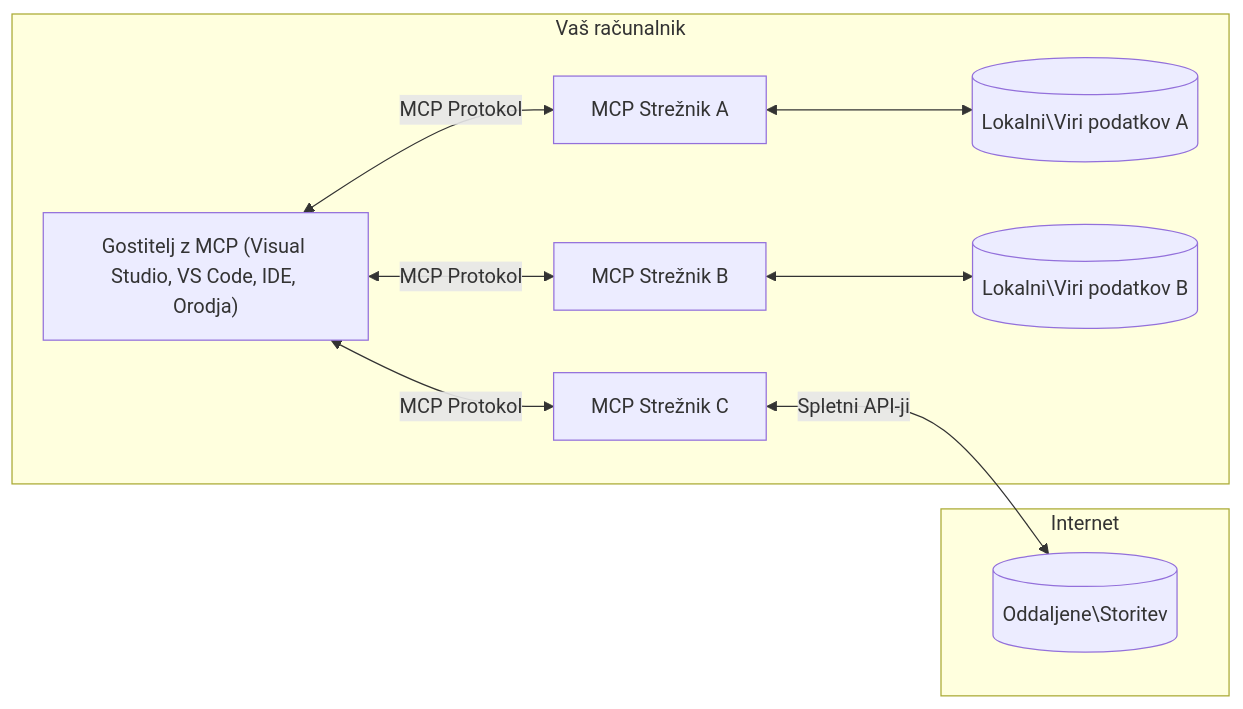
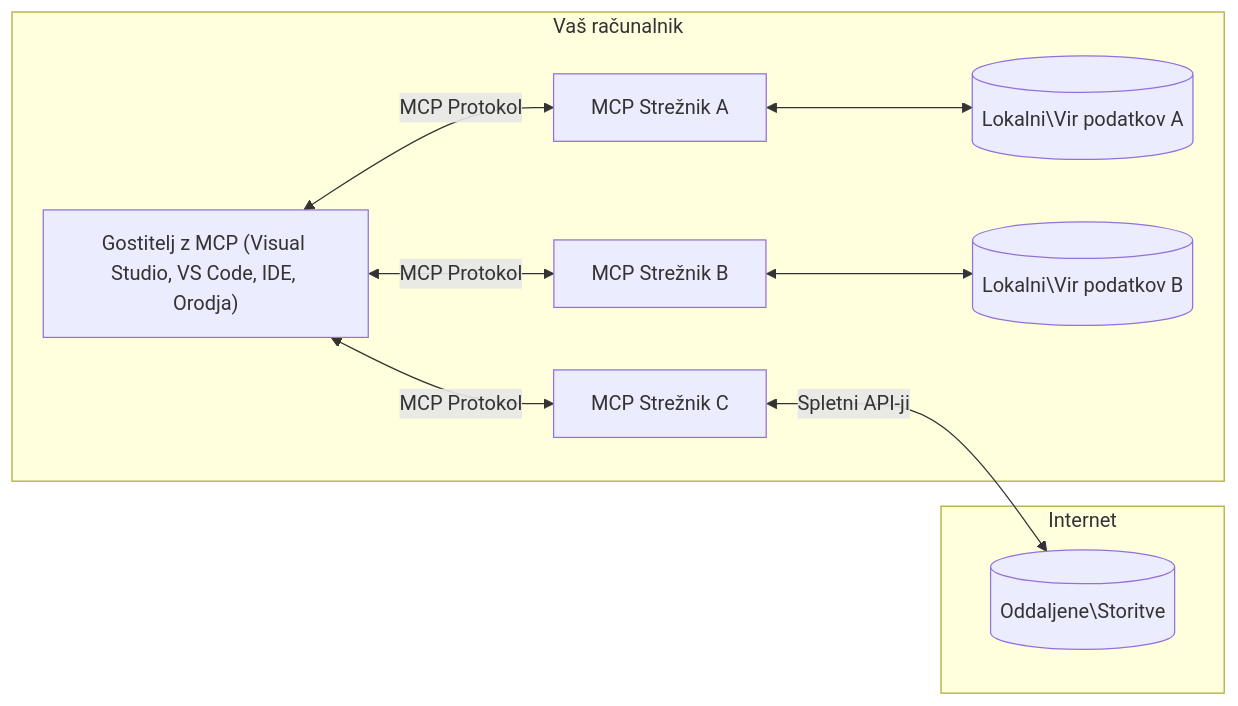
Before and after one commit to Mu-L/mcp-for-beginners: the diagram in translations/sl/01-CoreConcepts/README.md, drawn with Mermaid. The commit also changed other lines of this file and 5 other files, not shown here.

````diff
--- a/translations/sl/01-CoreConcepts/README.md
+++ b/translations/sl/01-CoreConcepts/README.md
@@ -45,17 +45,17 @@
 ```mermaid
 flowchart LR
     subgraph "Vaš računalnik"
         Host["Gostitelj z MCP (Visual Studio, VS Code, IDE, Orodja)"]
         S1["MCP Strežnik A"]
         S2["MCP Strežnik B"]
         S3["MCP Strežnik C"]
         Host <-->|"MCP Protokol"| S1
         Host <-->|"MCP Protokol"| S2
         Host <-->|"MCP Protokol"| S3
-        S1 <--> D1[("Lokalni\Viri podatkov A")]
-        S2 <--> D2[("Lokalni\Viri podatkov B")]
+        S1 <--> D1[("Lokalni\Vir podatkov A")]
+        S2 <--> D2[("Lokalni\Vir podatkov B")]
     end
     subgraph "Internet"
-        S3 <-->|"Spletni API-ji"| D3[("Oddaljene\Storitev")]
+        S3 <-->|"Spletni API-ji"| D3[("Oddaljene\Storitve")]
     end
 ```
````
